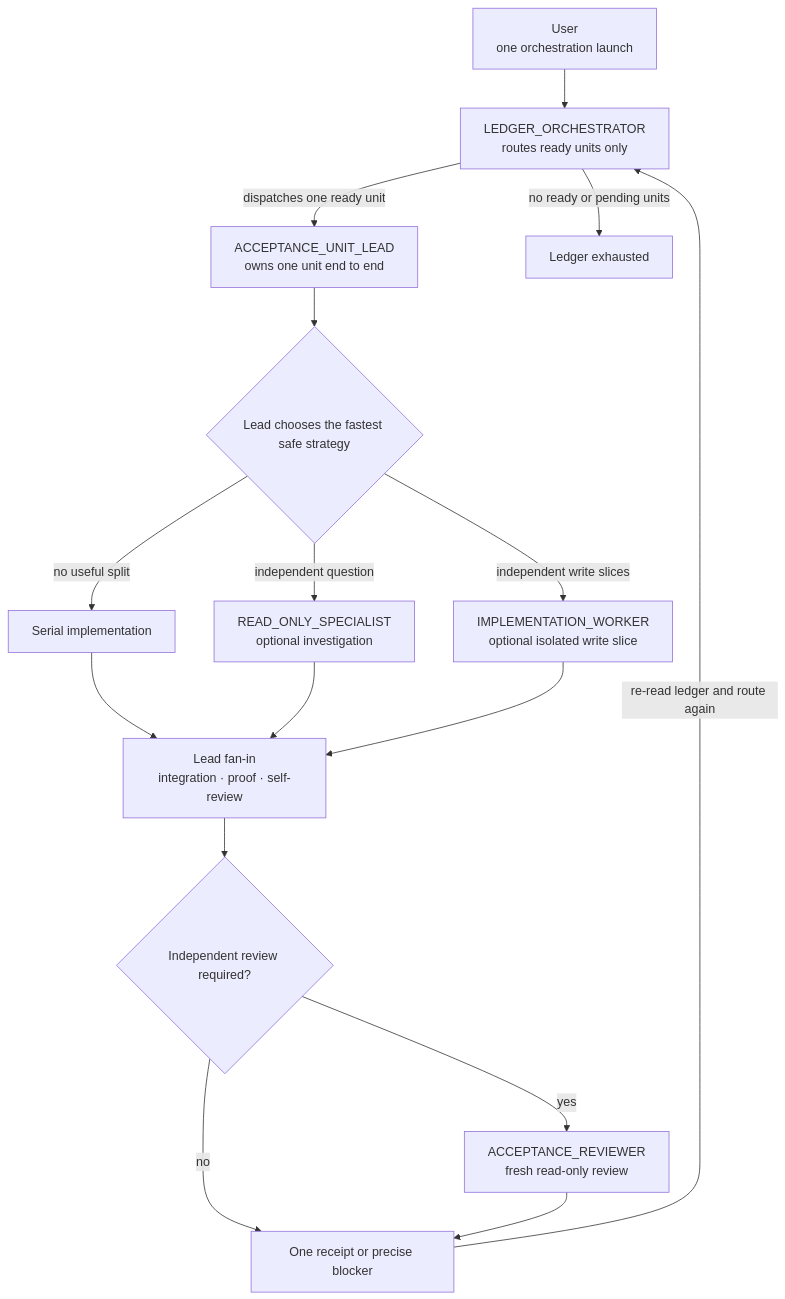
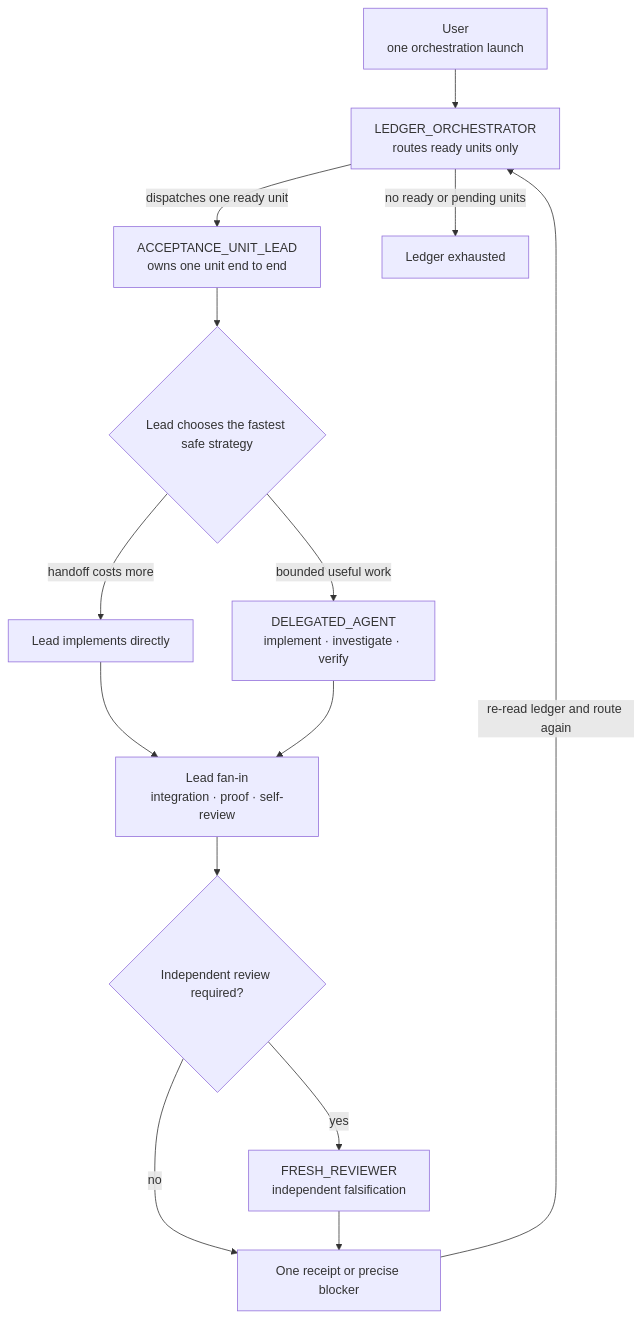
The second of 2 diagrams in README.md (Dankosik/go-service-template-rest), drawn with Mermaid before and after one commit. The commit also changed other lines of this file and 80 other files, not shown here.

Commit message:
Simplify implementation agent workflow

````diff
--- a/README.md
+++ b/README.md
@@ -236,31 +236,28 @@
 ```mermaid
 flowchart TD
     user["User<br/>one orchestration launch"]
     orchestrator["LEDGER_ORCHESTRATOR<br/>routes ready units only"]
     lead["ACCEPTANCE_UNIT_LEAD<br/>owns one unit end to end"]
     strategy{"Lead chooses the fastest safe strategy"}
-    serial["Serial implementation"]
-    specialist["READ_ONLY_SPECIALIST<br/>optional investigation"]
-    worker["IMPLEMENTATION_WORKER<br/>optional isolated write slice"]
+    direct["Lead implements directly"]
+    delegated["DELEGATED_AGENT<br/>implement · investigate · verify"]
     fanin["Lead fan-in<br/>integration · proof · self-review"]
     review{"Independent review required?"}
-    reviewer["ACCEPTANCE_REVIEWER<br/>fresh read-only review"]
+    reviewer["FRESH_REVIEWER<br/>independent falsification"]
     receipt["One receipt or precise blocker"]
     done["Ledger exhausted"]
 
     user --> orchestrator
     orchestrator -->|"dispatches one ready unit"| lead
     lead --> strategy
-    strategy -->|"no useful split"| serial
-    strategy -->|"independent question"| specialist
-    strategy -->|"independent write slices"| worker
-    serial --> fanin
-    specialist --> fanin
-    worker --> fanin
+    strategy -->|"handoff costs more"| direct
+    strategy -->|"bounded useful work"| delegated
+    direct --> fanin
+    delegated --> fanin
     fanin --> review
     review -->|"yes"| reviewer
     review -->|"no"| receipt
     reviewer --> receipt
     receipt -->|"re-read ledger and route again"| orchestrator
     orchestrator -->|"no ready or pending units"| done
 ```
````
